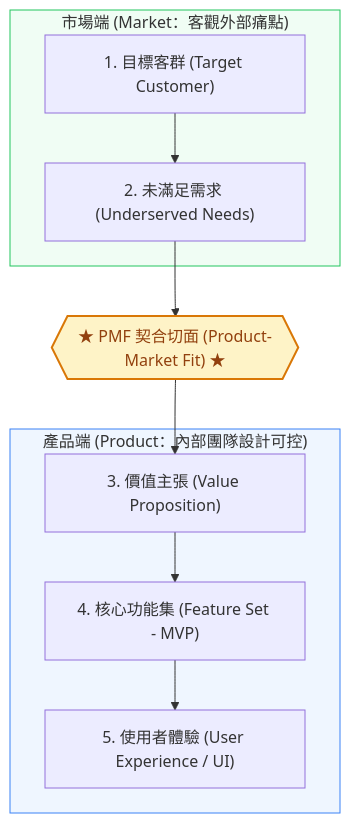
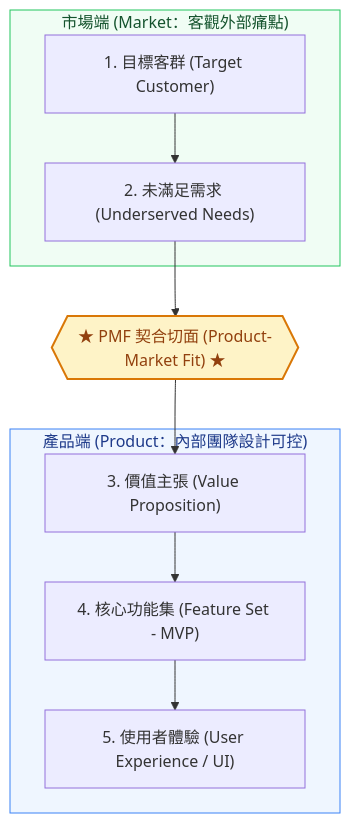
Before and after one commit to Jimlin0428/my-digital-garden: the first of 2 diagrams in src/site/notes/04_主題選修/10_創業與企業財務策略/02_模組筆記/Module_2_產品創新與精實驗證/M2-1_精實產品開發與服務創新驗證.md, drawn with Mermaid. The commit also changed other lines of this file and 99 other files, not shown here.

````diff
--- a/src/site/notes/04_主題選修/10_創業與企業財務策略/02_模組筆記/Module_2_產品創新與精實驗證/M2-1_精實產品開發與服務創新驗證.md
+++ b/src/site/notes/04_主題選修/10_創業與企業財務策略/02_模組筆記/Module_2_產品創新與精實驗證/M2-1_精實產品開發與服務創新驗證.md
@@ -110,25 +110,25 @@
 ```mermaid
 flowchart TD
     subgraph Product["產品端 (Product：內部團隊設計可控)"]
         L5["5. 使用者體驗 (User Experience / UI)"]
         L4["4. 核心功能集 (Feature Set - MVP)"]
         L3["3. 價值主張 (Value Proposition)"]
     end
 
     Fit{{"★ PMF 契合切面 (Product-Market Fit) ★"}}
 
     subgraph Market["市場端 (Market：客觀外部痛點)"]
         L2["2. 未滿足需求 (Underserved Needs)"]
         L1["1. 目標客群 (Target Customer)"]
     end
 
     L1 --> L2
     L2 --> Fit
     Fit --> L3
     L3 --> L4
     L4 --> L5
 
     style Fit fill:#fef3c7,stroke:#d97706,stroke-width:2px,color:#92400e
-    style Product fill:#eff6ff,stroke:#3b82f6,stroke-width:1px
-    style Market fill:#f0fdf4,stroke:#22c55e,stroke-width:1px
+    style Product fill:#eff6ff,stroke:#3b82f6,stroke-width:1px,color:#1e3a8a
+    style Market fill:#f0fdf4,stroke:#22c55e,stroke-width:1px,color:#14532d
 ```
````
